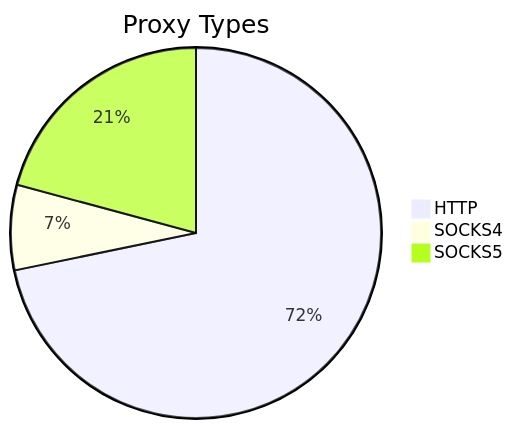
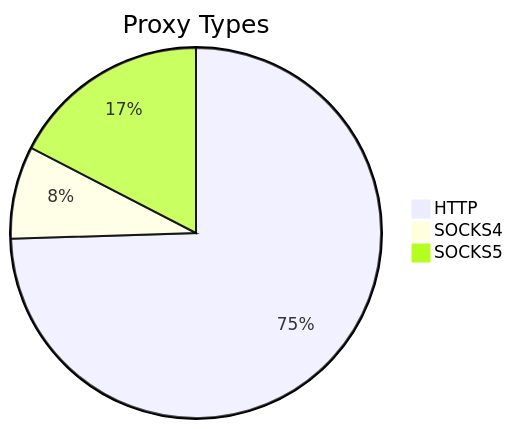
The first of 2 diagrams in README.md (stormsia/proxy-list), drawn with Mermaid before and after one commit. The commit also changed other lines of this file, not shown here.

````diff
--- a/README.md
+++ b/README.md
@@ -21,6 +21,6 @@
 ```mermaid
 pie title Proxy Types
-    "HTTP" : 521
-    "SOCKS4" : 54
-    "SOCKS5" : 151
+    "HTTP" : 894
+    "SOCKS4" : 97
+    "SOCKS5" : 209
 ```
````
